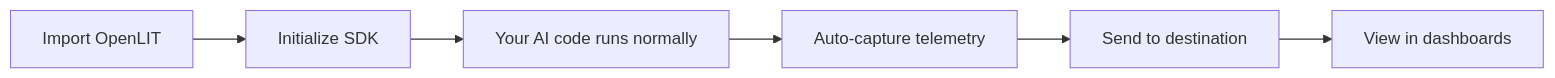
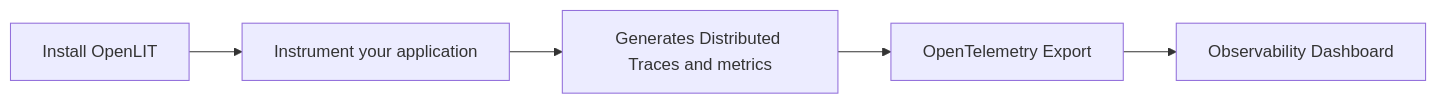
The diagram in docs/latest/sdk/overview.mdx (openlit/openlit), drawn with Mermaid before and after one commit. The commit also changed other lines of this file and 72 other files, not shown here.

````diff
--- a/docs/latest/sdk/overview.mdx
+++ b/docs/latest/sdk/overview.mdx
@@ -56,8 +69,7 @@
 ```mermaid
-graph LR
-    A[Import OpenLIT] --> B[Initialize SDK]
-    B --> C[Your AI code runs normally]
-    C --> D[Auto-capture telemetry]
-    D --> E[Send to destination]
-    E --> F[View in dashboards]
+flowchart LR
+    A[Install OpenLIT] --> B[Instrument your application]
+    B --> C[Generates Distributed Traces and metrics]
+    C --> D[OpenTelemetry Export]
+    D --> E[Observability Dashboard]
 ```
````
